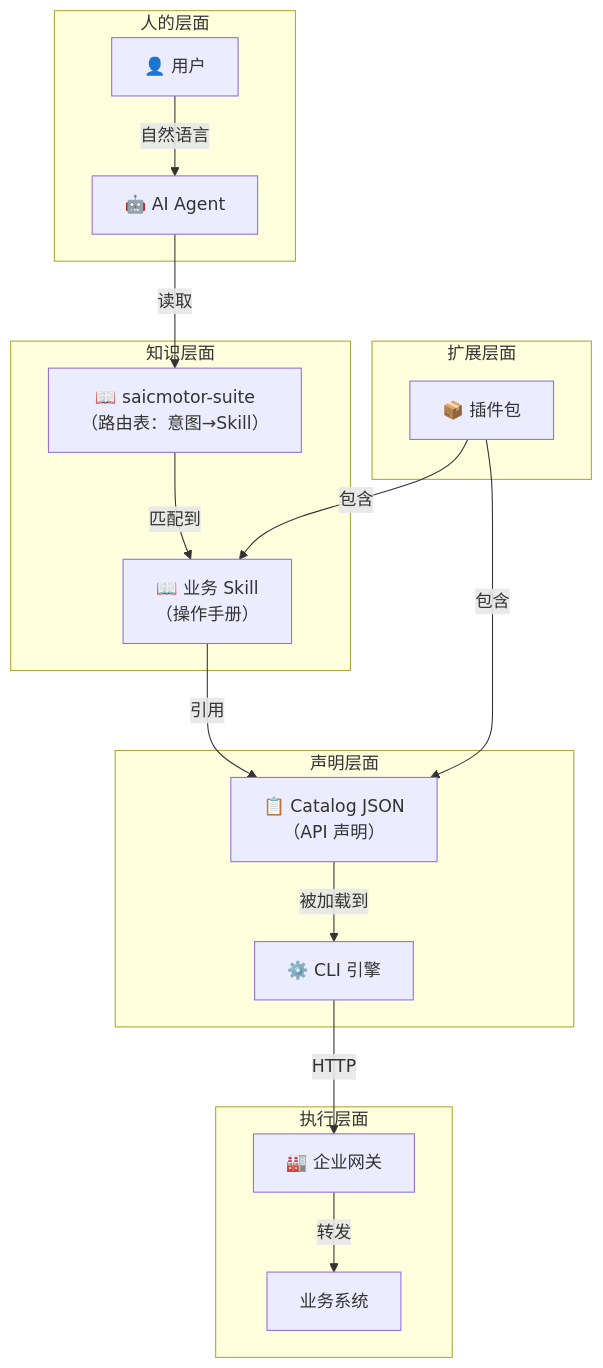
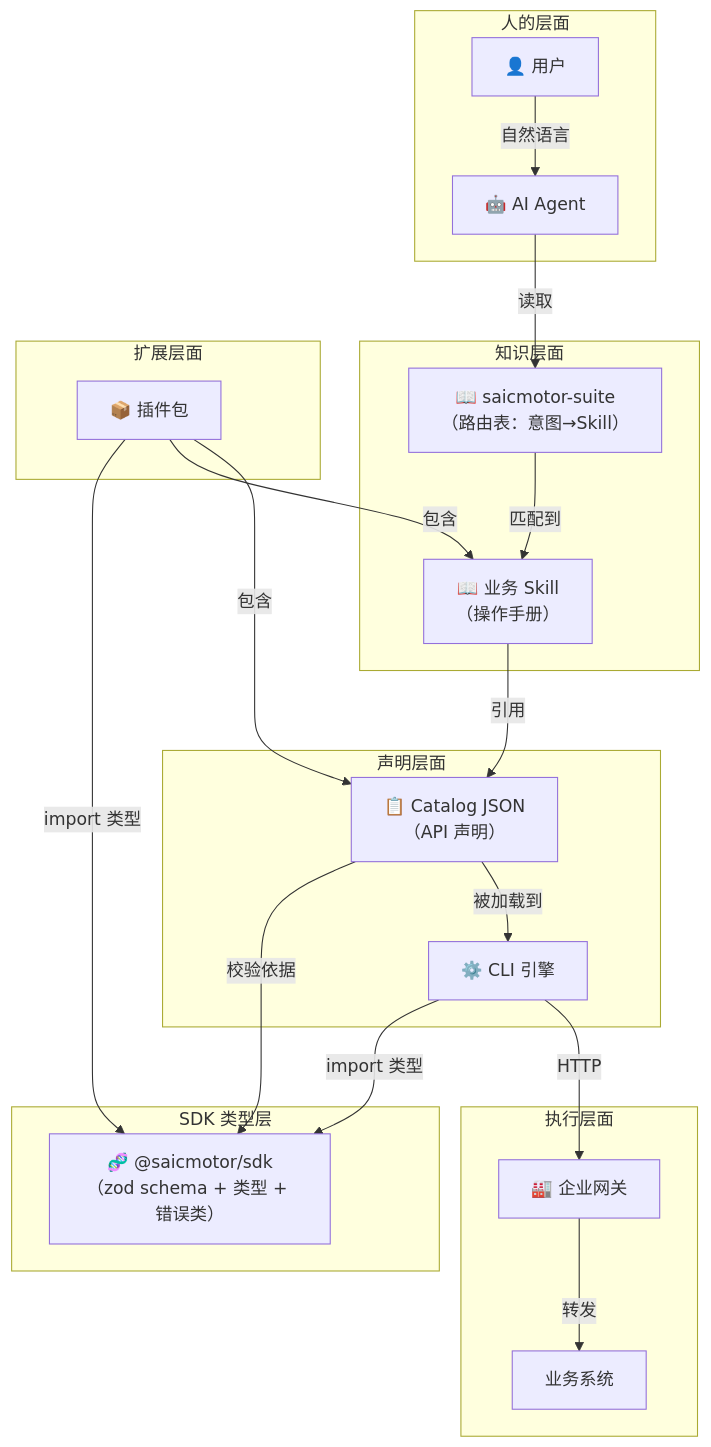
The fourth of 4 diagrams in howto/framework-v2/01-concepts.md (a5535772/saicmotor-cli), drawn with Mermaid before and after one commit. The commit also changed other lines of this file and 1 other file, not shown here.

Commit message:
docs: framework-v2 入口与概念层对齐当前代码（Sprint 9+10）

````diff
--- a/howto/framework-v2/01-concepts.md
+++ b/howto/framework-v2/01-concepts.md
@@ -169,26 +171,34 @@
 ```mermaid
 flowchart TB
     subgraph "人的层面"
         U["👤 用户"] -->|"自然语言"| AI["🤖 AI Agent"]
     end
 
     subgraph "知识层面"
         AI -->|"读取"| SUITE["📖 saicmotor-suite<br/>（路由表：意图→Skill）"]
         SUITE -->|"匹配到"| SKILL["📖 业务 Skill<br/>（操作手册）"]
     end
 
     subgraph "声明层面"
         SKILL -->|"引用"| CATALOG["📋 Catalog JSON<br/>（API 声明）"]
         CATALOG -->|"被加载到"| ENGINE["⚙️ CLI 引擎"]
     end
 
+    subgraph "SDK 类型层"
+        SDK["🧬 @saicmotor/sdk<br/>（zod schema + 类型 + 错误类）"]
+    end
+
     subgraph "执行层面"
         ENGINE -->|"HTTP"| GW["🏭 企业网关"]
         GW -->|"转发"| SVC["业务系统"]
     end
 
     subgraph "扩展层面"
         PLUGIN["📦 插件包"] -->|"包含"| CATALOG
         PLUGIN -->|"包含"| SKILL
     end
+
+    CATALOG -->|"校验依据"| SDK
+    PLUGIN -->|"import 类型"| SDK
+    ENGINE -->|"import 类型"| SDK
 ```
````
